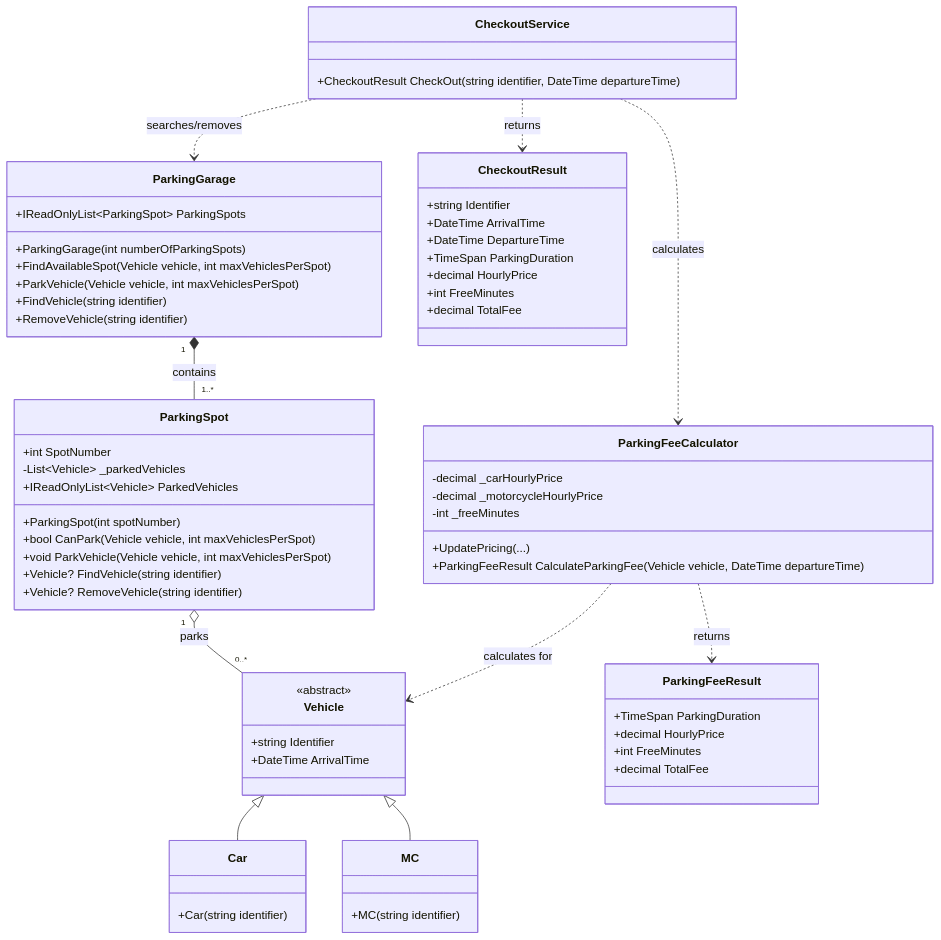
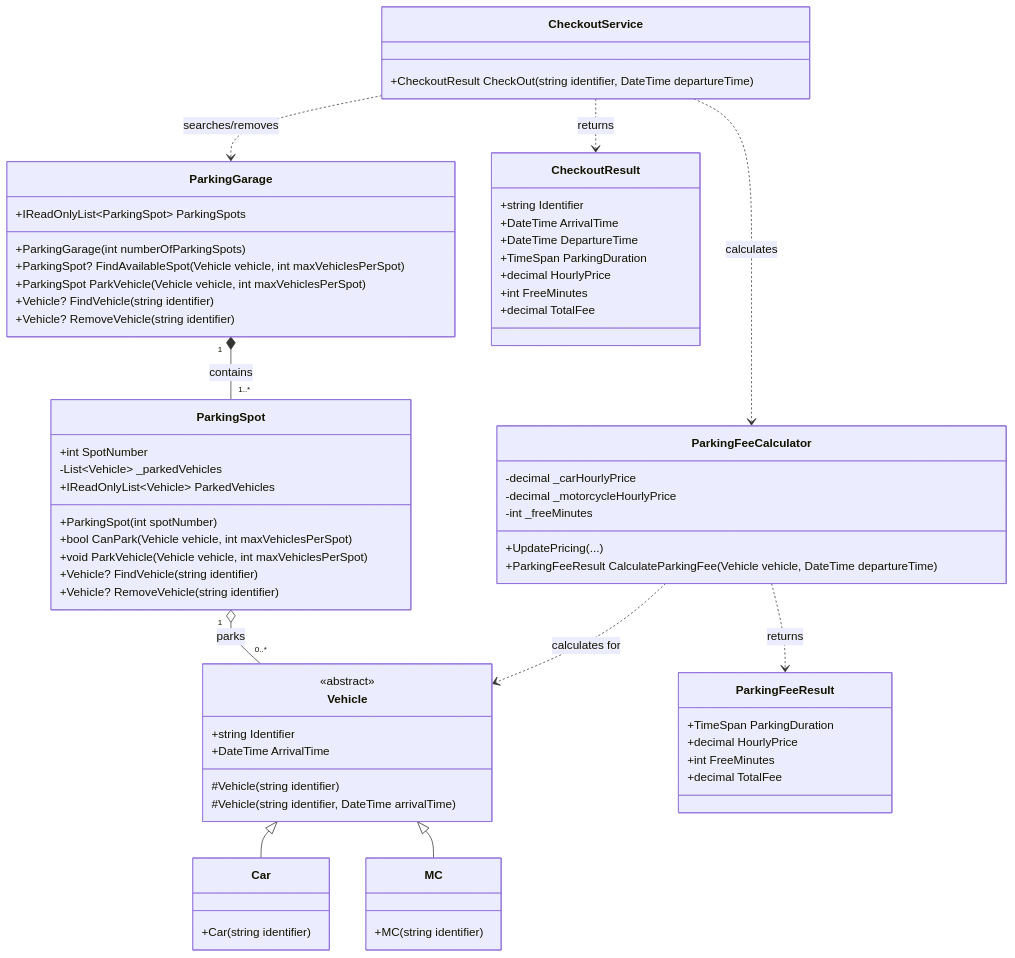
The diagram in docs/class-diagram.md (KYH-RAMI/CSharp-Assignments), drawn with Mermaid before and after one commit. The commit also changed other lines of this file and 15 other files, not shown here.

````diff
--- a/docs/class-diagram.md
+++ b/docs/class-diagram.md
@@ -12,80 +12,82 @@
 ```mermaid
 classDiagram
     direction TB
 
     class Vehicle {
         <<abstract>>
         +string Identifier
         +DateTime ArrivalTime
+        #Vehicle(string identifier)
+        #Vehicle(string identifier, DateTime arrivalTime)
     }
 
     class Car {
         +Car(string identifier)
     }
 
     class MC {
         +MC(string identifier)
     }
 
     class ParkingSpot {
         +int SpotNumber
         -List~Vehicle~ _parkedVehicles
         +IReadOnlyList~Vehicle~ ParkedVehicles
         +ParkingSpot(int spotNumber)
         +bool CanPark(Vehicle vehicle, int maxVehiclesPerSpot)
         +void ParkVehicle(Vehicle vehicle, int maxVehiclesPerSpot)
         +Vehicle? FindVehicle(string identifier)
         +Vehicle? RemoveVehicle(string identifier)
     }
 
     class ParkingGarage {
         +IReadOnlyList~ParkingSpot~ ParkingSpots
         +ParkingGarage(int numberOfParkingSpots)
-        +FindAvailableSpot(Vehicle vehicle, int maxVehiclesPerSpot)
-        +ParkVehicle(Vehicle vehicle, int maxVehiclesPerSpot)
-        +FindVehicle(string identifier)
-        +RemoveVehicle(string identifier)
+        +ParkingSpot? FindAvailableSpot(Vehicle vehicle, int maxVehiclesPerSpot)
+        +ParkingSpot ParkVehicle(Vehicle vehicle, int maxVehiclesPerSpot)
+        +Vehicle? FindVehicle(string identifier)
+        +Vehicle? RemoveVehicle(string identifier)
     }
 
     class ParkingFeeCalculator {
         -decimal _carHourlyPrice
         -decimal _motorcycleHourlyPrice
         -int _freeMinutes
         +UpdatePricing(...)
         +ParkingFeeResult CalculateParkingFee(Vehicle vehicle, DateTime departureTime)
     }
 
     class ParkingFeeResult {
         +TimeSpan ParkingDuration
         +decimal HourlyPrice
         +int FreeMinutes
         +decimal TotalFee
     }
 
     class CheckoutService {
         +CheckoutResult CheckOut(string identifier, DateTime departureTime)
     }
 
     class CheckoutResult {
         +string Identifier
         +DateTime ArrivalTime
         +DateTime DepartureTime
         +TimeSpan ParkingDuration
         +decimal HourlyPrice
         +int FreeMinutes
         +decimal TotalFee
     }
 
     Vehicle <|-- Car
     Vehicle <|-- MC
 
     ParkingGarage "1" *-- "1..*" ParkingSpot : contains
     ParkingSpot "1" o-- "0..*" Vehicle : parks
 
     ParkingFeeCalculator ..> Vehicle : calculates for
     ParkingFeeCalculator ..> ParkingFeeResult : returns
 
     CheckoutService ..> ParkingGarage : searches/removes
     CheckoutService ..> ParkingFeeCalculator : calculates
     CheckoutService ..> CheckoutResult : returns
 ```
````
